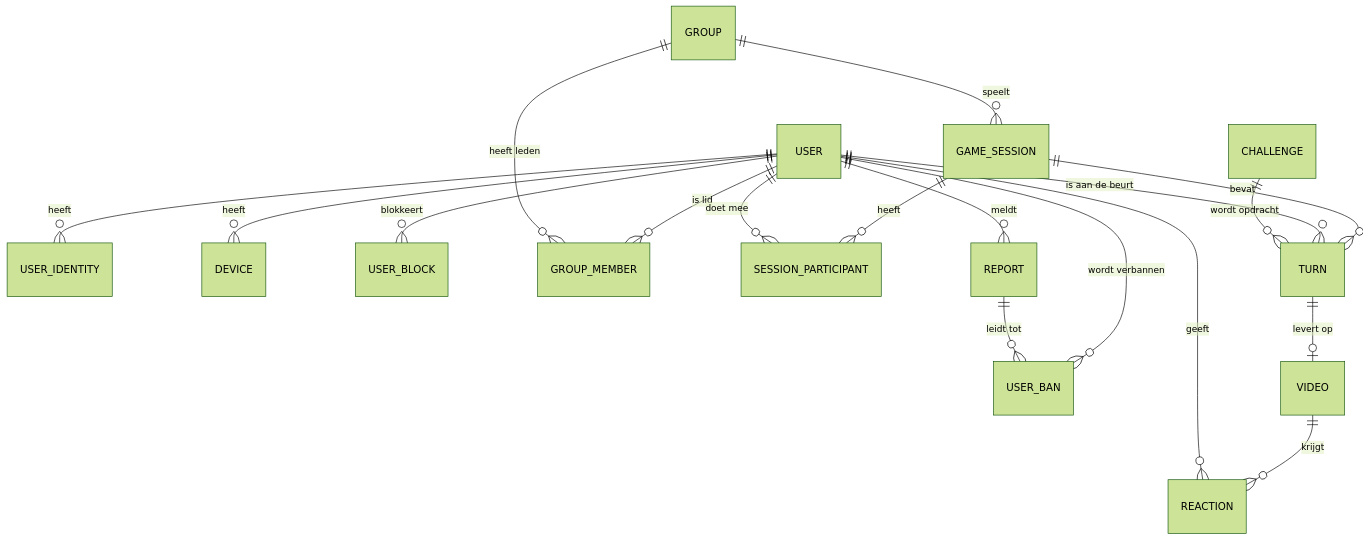
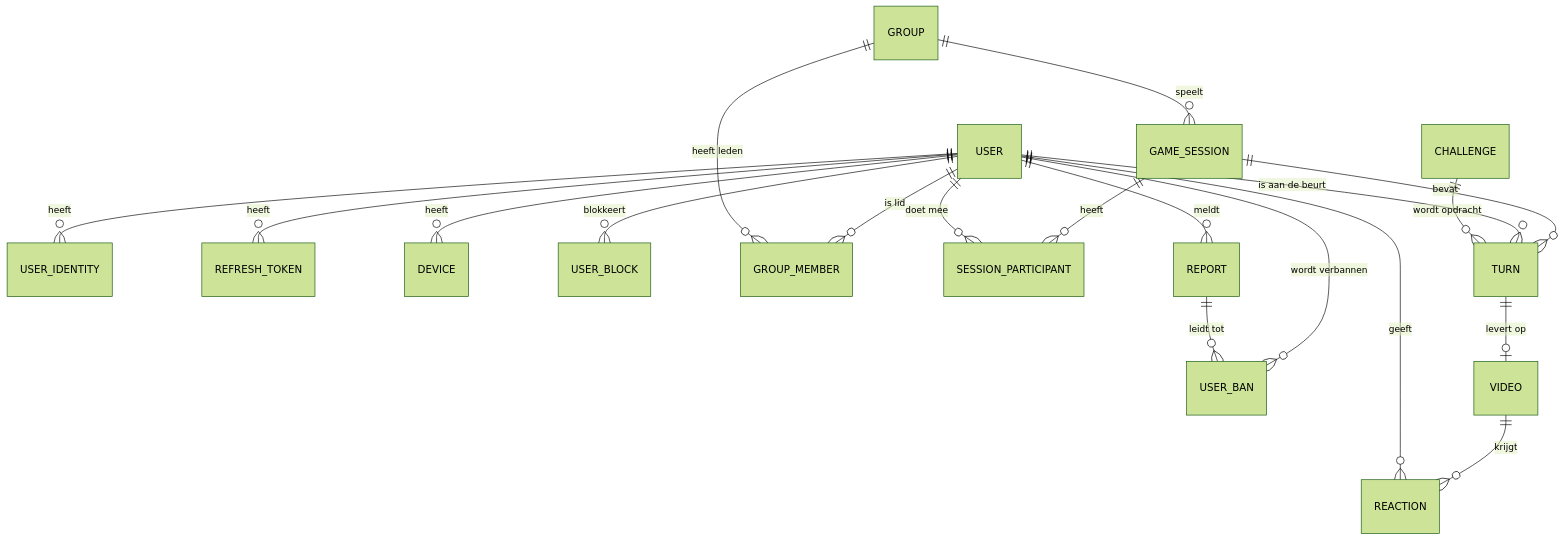
Before and after one commit to Lijcoesh/ChugNOW: the diagram in ChugNOW.md, drawn with Mermaid (forest theme). The commit also changed other lines of this file, not shown here.

Commit message:
Add refresh token support and update authentication details in ChugNOW.md

````diff
--- a/ChugNOW.md
+++ b/ChugNOW.md
@@ -340,20 +340,21 @@
 ```mermaid
 erDiagram
     USER ||--o{ USER_IDENTITY : "heeft"
+    USER ||--o{ REFRESH_TOKEN : "heeft"
     USER ||--o{ USER_BAN : "wordt verbannen"
     USER ||--o{ DEVICE : "heeft"
     USER ||--o{ USER_BLOCK : "blokkeert"
     USER ||--o{ GROUP_MEMBER : "is lid"
     GROUP ||--o{ GROUP_MEMBER : "heeft leden"
     GROUP ||--o{ GAME_SESSION : "speelt"
     GAME_SESSION ||--o{ SESSION_PARTICIPANT : "heeft"
     USER ||--o{ SESSION_PARTICIPANT : "doet mee"
     GAME_SESSION ||--o{ TURN : "bevat"
     USER ||--o{ TURN : "is aan de beurt"
     CHALLENGE ||--o{ TURN : "wordt opdracht"
     TURN ||--o| VIDEO : "levert op"
     VIDEO ||--o{ REACTION : "krijgt"
     USER ||--o{ REACTION : "geeft"
     USER ||--o{ REPORT : "meldt"
     REPORT ||--o{ USER_BAN : "leidt tot"
 ```
````
